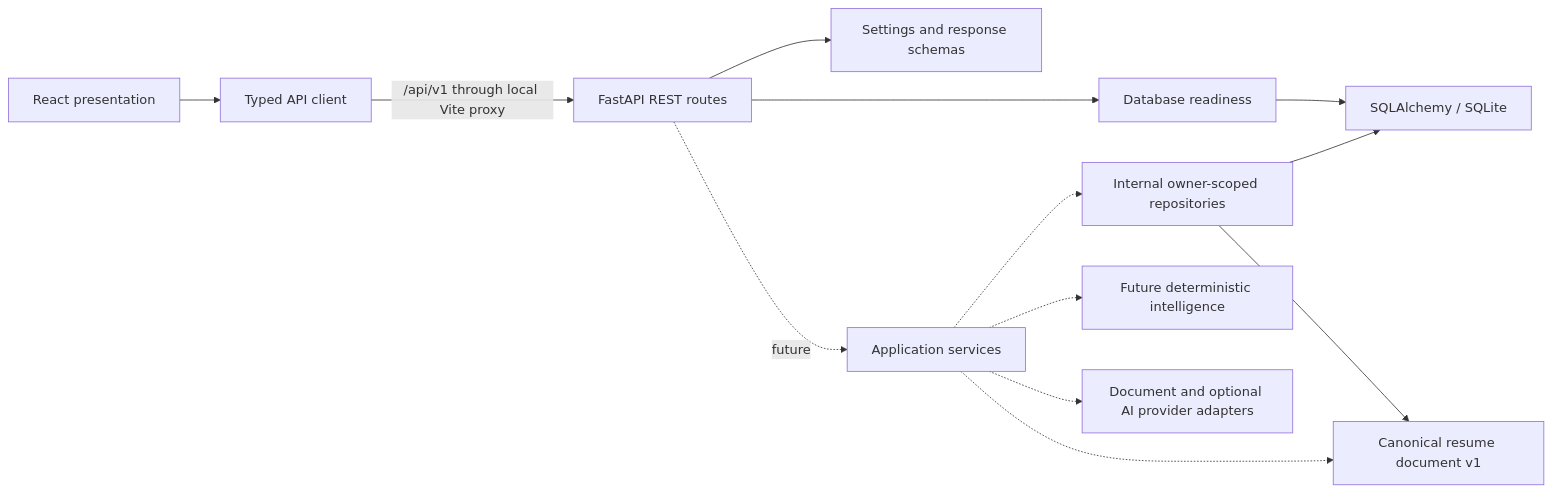
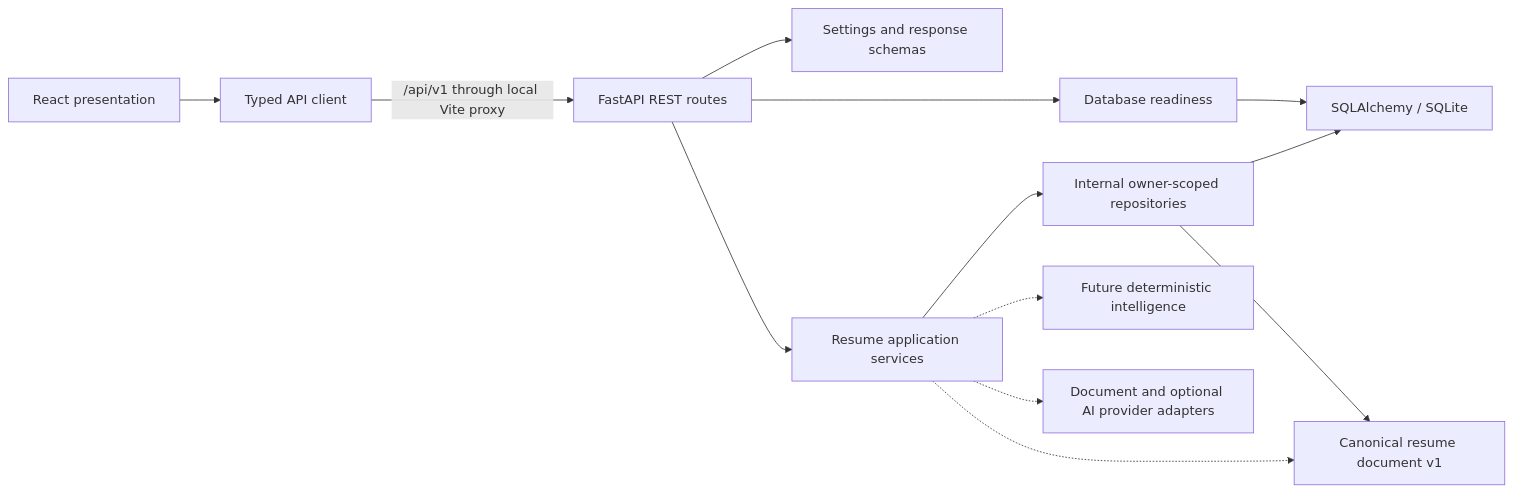
Before and after one commit to joeljoby5/Hiresense-AI: the diagram in docs/architecture/overview.md, drawn with Mermaid. The commit also changed other lines of this file and 32 other files, not shown here.

Commit message:
feat: implement resume management services and REST APIs

````diff
--- a/docs/architecture/overview.md
+++ b/docs/architecture/overview.md
@@ -9,15 +9,15 @@
 ```mermaid
 flowchart LR
   Browser[React presentation] --> Client[Typed API client]
   Client -->|/api/v1 through local Vite proxy| API[FastAPI REST routes]
   API --> Settings[Settings and response schemas]
   API --> Ready[Database readiness]
   Ready --> Data[SQLAlchemy / SQLite]
   Repositories[Internal owner-scoped repositories] --> Domain[Canonical resume document v1]
   Repositories --> Data
-  API -. future .-> Services[Application services]
+  API --> Services[Resume application services]
   Services -.-> Domain
-  Services -.-> Repositories
+  Services --> Repositories
   Services -.-> Intelligence[Future deterministic intelligence]
   Services -.-> Adapters[Document and optional AI provider adapters]
 ```
````
